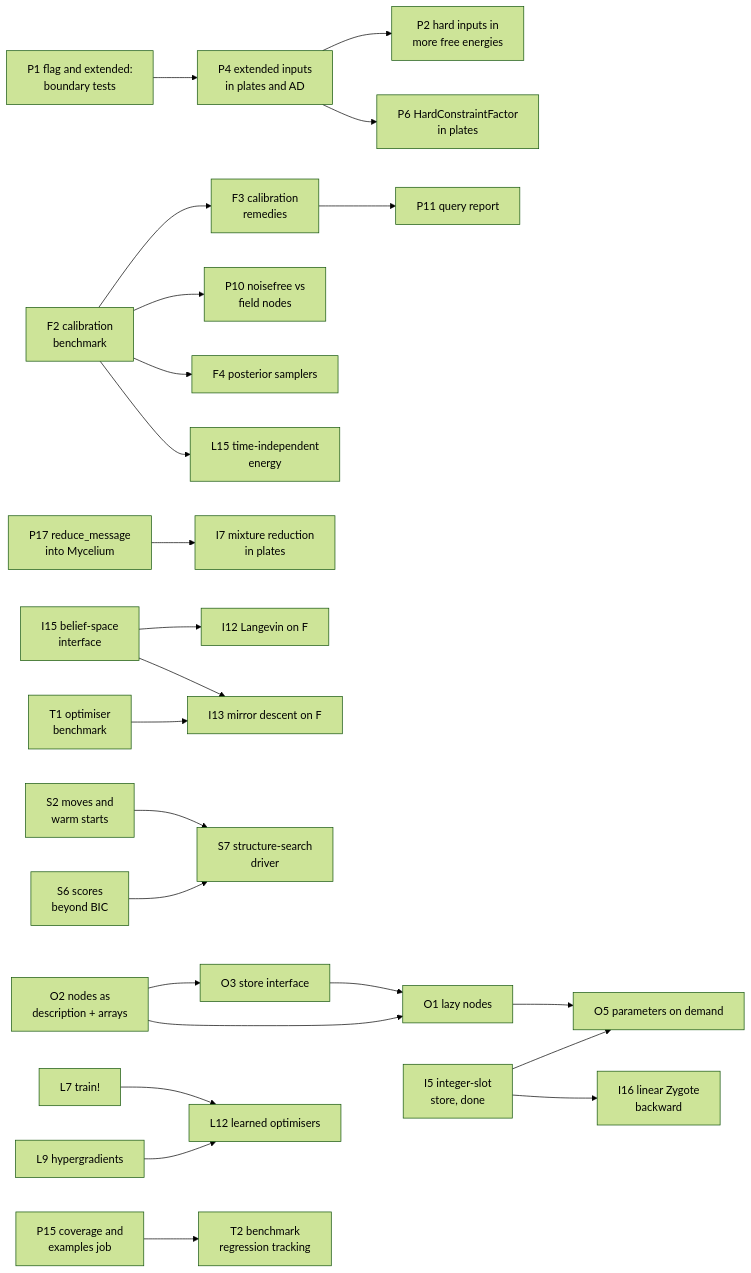
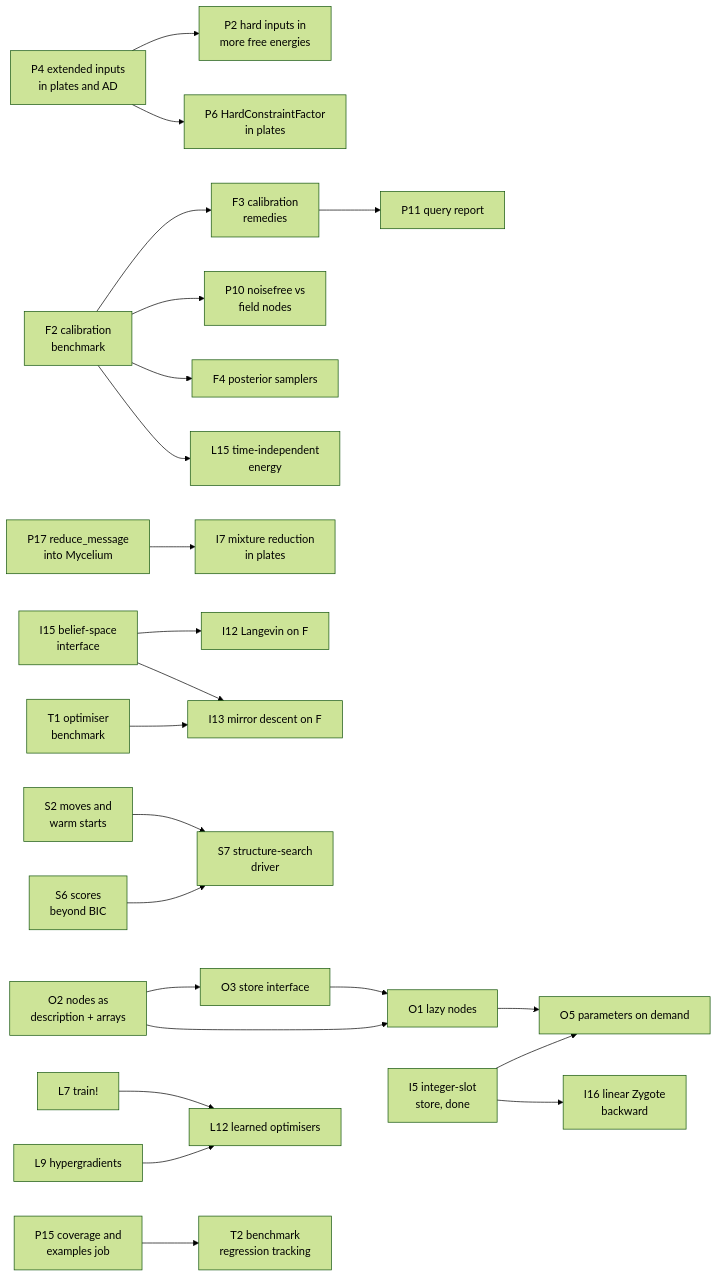
One commit to MathStruct/Lenticulum.jl changed the diagram in vault/Project/Feature Backlog.md. Above: the diagram before and after it, drawn with Mermaid (forest theme). The commit also changed other lines of this file and 10 other files, not shown here.

````diff
--- a/vault/Project/Feature Backlog.md
+++ b/vault/Project/Feature Backlog.md
@@ -25,26 +25,25 @@
 ```mermaid
 graph LR
-  P1[P1 flag and extended:<br/>boundary tests] --> P4[P4 extended inputs<br/>in plates and AD]
-  P4 --> P2[P2 hard inputs in<br/>more free energies]
+  P4[P4 extended inputs<br/>in plates and AD] --> P2[P2 hard inputs in<br/>more free energies]
   P4 --> P6[P6 HardConstraintFactor<br/>in plates]
   F2[F2 calibration<br/>benchmark] --> F3[F3 calibration<br/>remedies]
   F3 --> P11[P11 query report]
   F2 --> P10[P10 noisefree vs<br/>field nodes]
   F2 --> F4[F4 posterior samplers]
   F2 --> L15[L15 time-independent<br/>energy]
   P17[P17 reduce_message<br/>into Mycelium] --> I7[I7 mixture reduction<br/>in plates]
   I15[I15 belief-space<br/>interface] --> I12[I12 Langevin on F]
   I15 --> I13[I13 mirror descent on F]
   T1[T1 optimiser<br/>benchmark] --> I13
   O2[O2 nodes as<br/>description + arrays] --> O3[O3 store interface]
   O2 --> O1[O1 lazy nodes]
   O3 --> O1
   O1 --> O5[O5 parameters on demand]
   I5[I5 integer-slot<br/>store, done] --> O5
   I5 --> I16[I16 linear Zygote<br/>backward]
   S2[S2 moves and<br/>warm starts] --> S7[S7 structure-search<br/>driver]
   S6[S6 scores<br/>beyond BIC] --> S7
   L7[L7 train!] --> L12[L12 learned optimisers]
   L9[L9 hypergradients] --> L12
   P15[P15 coverage and<br/>examples job] --> T2[T2 benchmark<br/>regression tracking]
 ```
````
